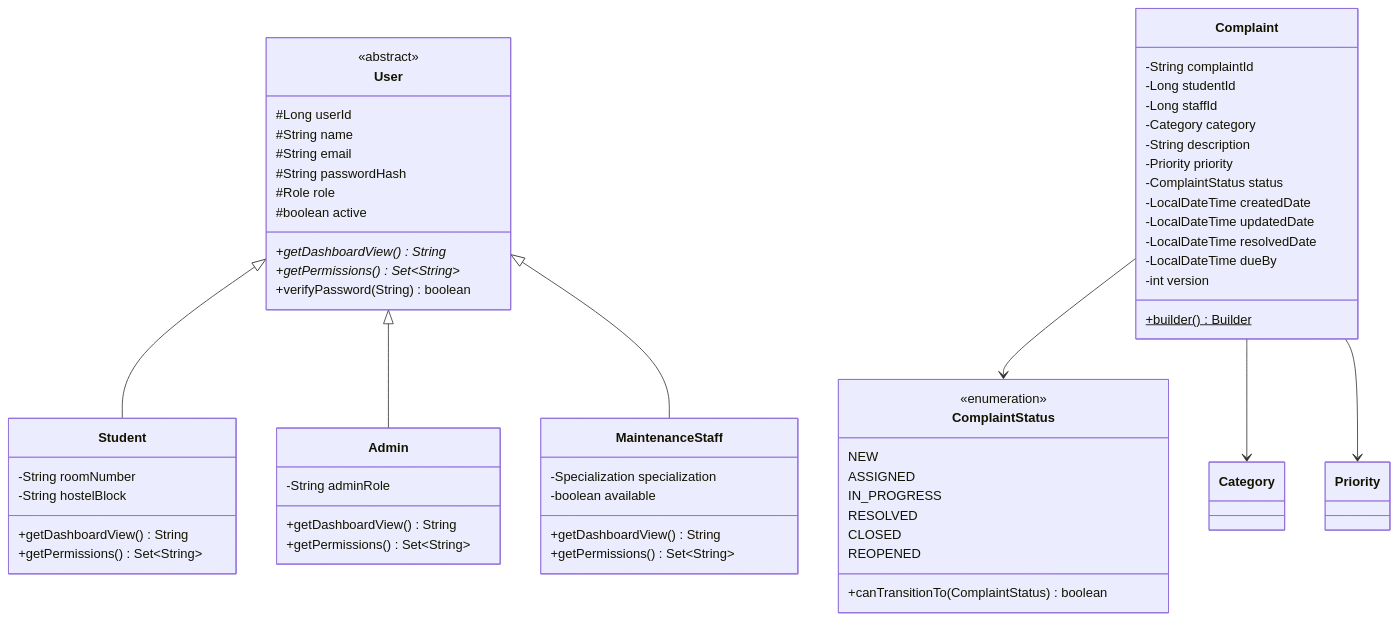
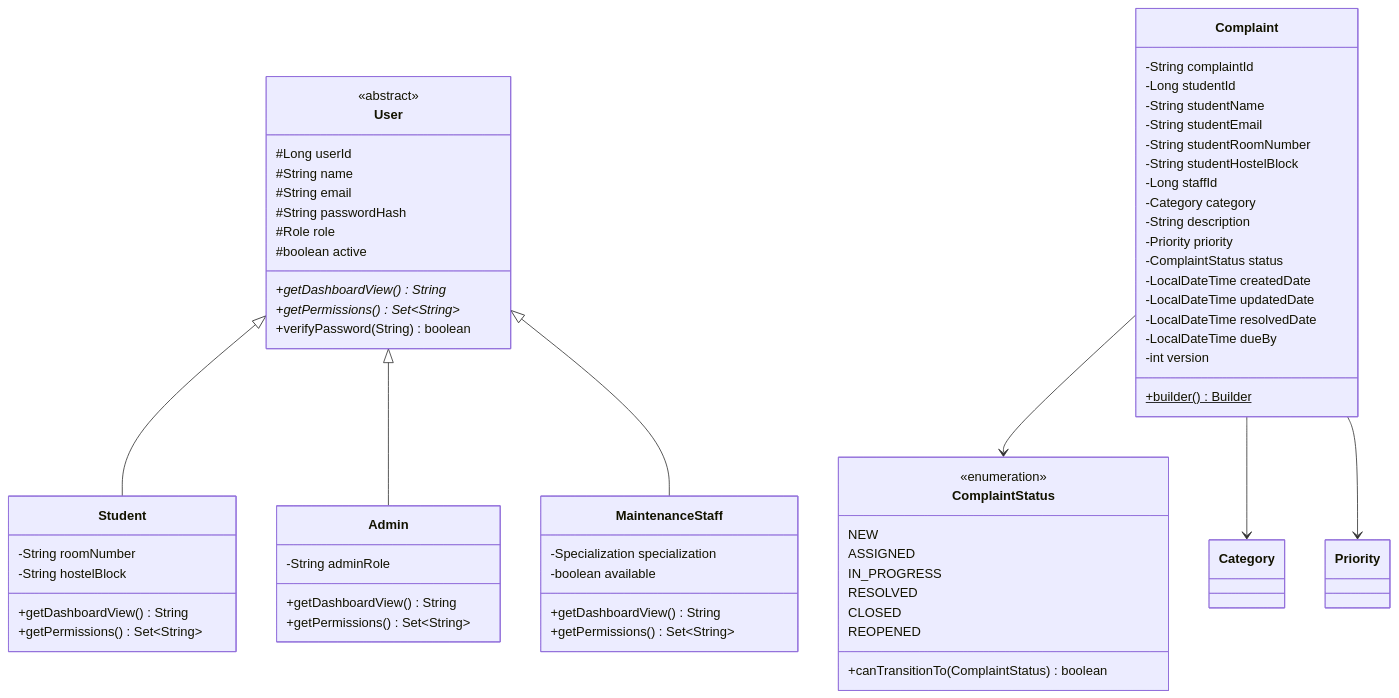
Before and after one commit to saket-0/hostel-complaint-maintenance-system: the third of 4 diagrams in README.md, drawn with Mermaid. The commit also changed other lines of this file and 32 other files, not shown here.

````diff
--- a/README.md
+++ b/README.md
@@ -144,69 +144,73 @@
 ```mermaid
 classDiagram
     class User {
         <<abstract>>
         #Long userId
         #String name
         #String email
         #String passwordHash
         #Role role
         #boolean active
         +getDashboardView()* String
         +getPermissions()* Set~String~
         +verifyPassword(String) boolean
     }
 
     class Student {
         -String roomNumber
         -String hostelBlock
         +getDashboardView() String
         +getPermissions() Set~String~
     }
 
     class Admin {
         -String adminRole
         +getDashboardView() String
         +getPermissions() Set~String~
     }
 
     class MaintenanceStaff {
         -Specialization specialization
         -boolean available
         +getDashboardView() String
         +getPermissions() Set~String~
     }
 
     class Complaint {
         -String complaintId
         -Long studentId
+        -String studentName
+        -String studentEmail
+        -String studentRoomNumber
+        -String studentHostelBlock
         -Long staffId
         -Category category
         -String description
         -Priority priority
         -ComplaintStatus status
         -LocalDateTime createdDate
         -LocalDateTime updatedDate
         -LocalDateTime resolvedDate
         -LocalDateTime dueBy
         -int version
         +builder() Builder$
     }
 
     class ComplaintStatus {
         <<enumeration>>
         NEW
         ASSIGNED
         IN_PROGRESS
         RESOLVED
         CLOSED
         REOPENED
         +canTransitionTo(ComplaintStatus) boolean
     }
 
     User <|-- Student
     User <|-- Admin
     User <|-- MaintenanceStaff
     Complaint --> ComplaintStatus
     Complaint --> Category
     Complaint --> Priority
 ```
````
